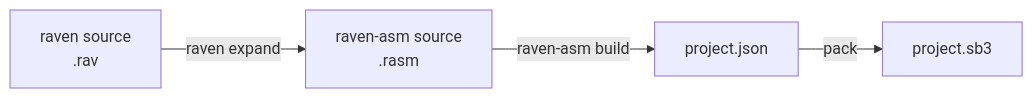
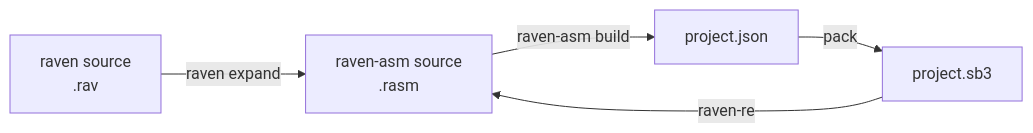
One commit to raven-scratch/raven changed the diagram in docs/index.md. Above: the diagram before and after it, drawn with Mermaid. The commit also changed other lines of this file and 137 other files, not shown here.

First line of the commit message:
feat(raven-re): reverse a vanilla .sb3 back into raven-asm

````diff
--- a/docs/index.md
+++ b/docs/index.md
@@ -69,6 +80,7 @@
 ```mermaid
 flowchart LR
   rav["raven source<br/>.rav"] -->|"raven expand"| asm["raven-asm source<br/>.rasm"]
   asm -->|"raven-asm build"| json["project.json"]
   json -->|"pack"| sb3["project.sb3"]
+  sb3 -->|"raven-re"| asm
 ```
````
